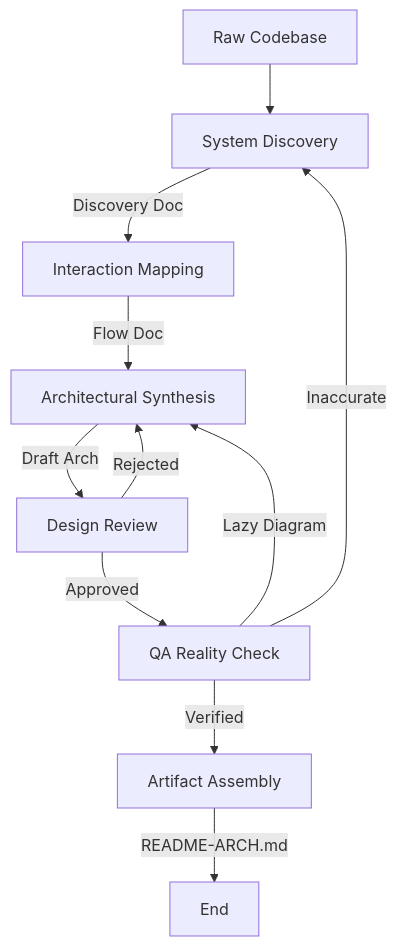
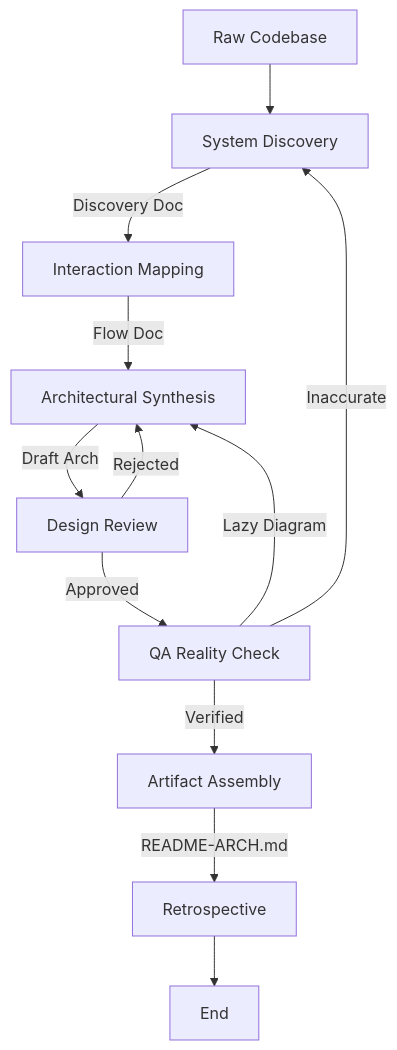
The diagram in custom-agents/workflows/documentation/CreateArchitectureReadme.workflow.md (seanspiesman/Agents-and-Workflows), drawn with Mermaid before and after one commit. The commit also changed other lines of this file and 38 other files, not shown here.

````diff
--- a/custom-agents/workflows/documentation/CreateArchitectureReadme.workflow.md
+++ b/custom-agents/workflows/documentation/CreateArchitectureReadme.workflow.md
@@ -80,13 +88,14 @@
 ```mermaid
 flowchart TD
     A[Raw Codebase] --> B[System Discovery]
     B -->|Discovery Doc| C[Interaction Mapping]
     C -->|Flow Doc| D[Architectural Synthesis]
     D -->|Draft Arch| E[Design Review]
     E -->|Rejected| D
     E -->|Approved| F[QA Reality Check]
     F -->|Inaccurate| B
     F -->|Lazy Diagram| D
     F -->|Verified| G[Artifact Assembly]
-    G -->|README-ARCH.md| H[End]
+    G -->|README-ARCH.md| I[Retrospective]
+    I --> H[End]
 ```
````
